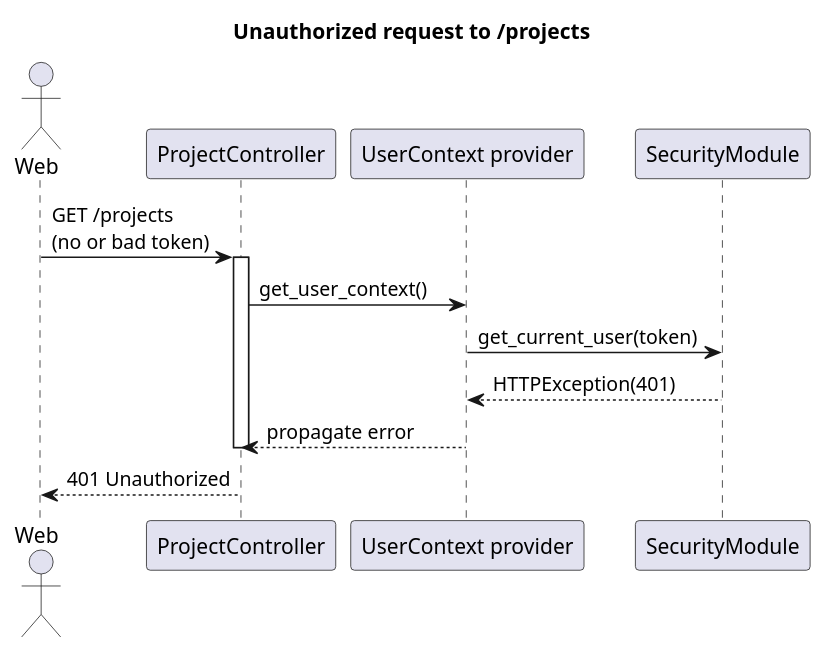
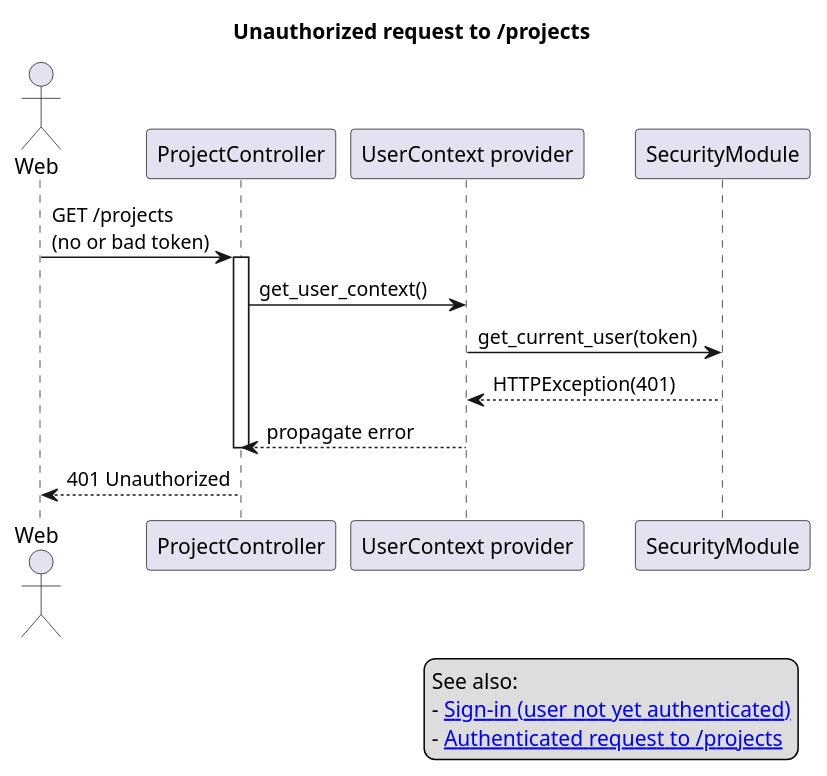
The diagram in architecture/auth/unauthorized.puml (lukasijus/mlv1sion), drawn with PlantUML before and after one commit. The commit also changed 5 other files, not shown here.

```diff
--- a/architecture/auth/unauthorized.puml
+++ b/architecture/auth/unauthorized.puml
@@ -2,20 +2,25 @@
 @startuml
 title Unauthorized request to /projects
 
 actor Web as Web
 participant "ProjectController" as ProjectCtl
 participant "UserContext provider" as UserCtx
 participant "SecurityModule" as Sec
 
 Web -> ProjectCtl : GET /projects\n(no or bad token)
 activate ProjectCtl
 
 ProjectCtl -> UserCtx : get_user_context()
 UserCtx -> Sec : get_current_user(token)
 Sec --> UserCtx : HTTPException(401)
 UserCtx --> ProjectCtl : propagate error
 deactivate ProjectCtl
 
 ProjectCtl --> Web : 401 Unauthorized
 
+legend right
+  See also:
+  - [[sign-in-no-auth.svg Sign-in (user not yet authenticated)]]
+  - [[logged-in-get-projects.svg Authenticated request to /projects]]
+end legend
 @enduml
```
